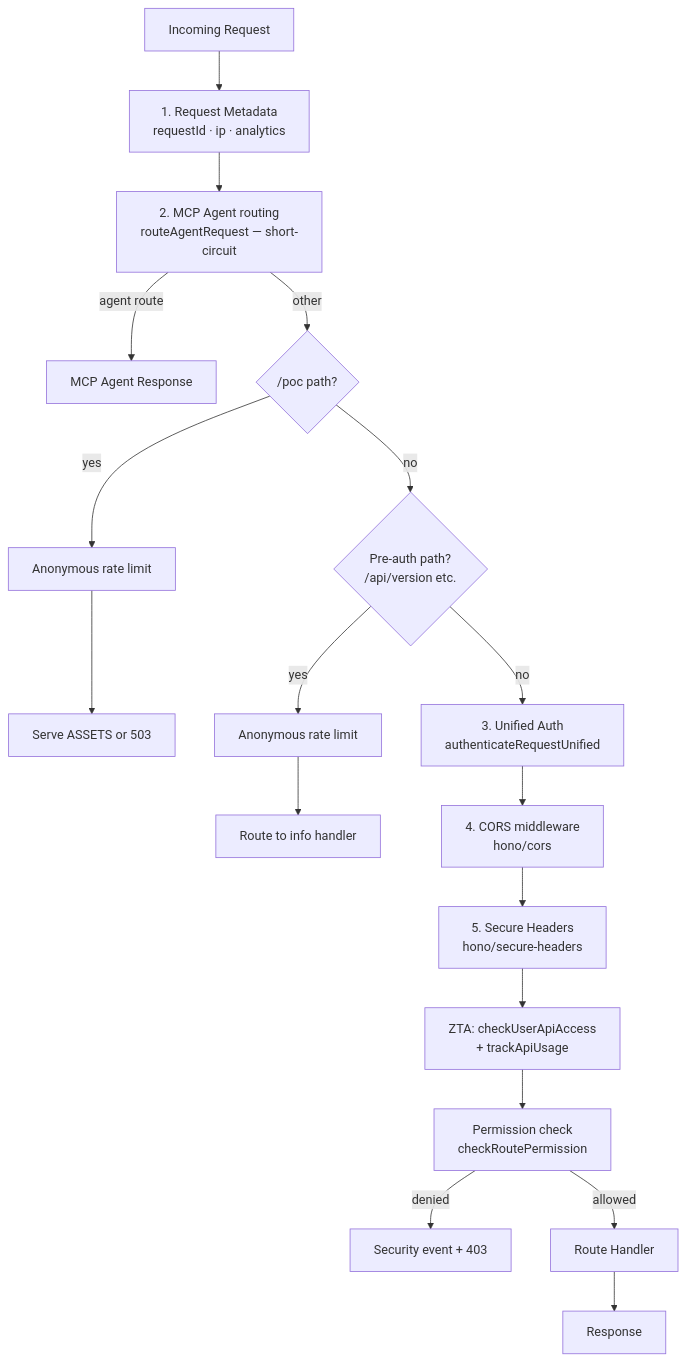
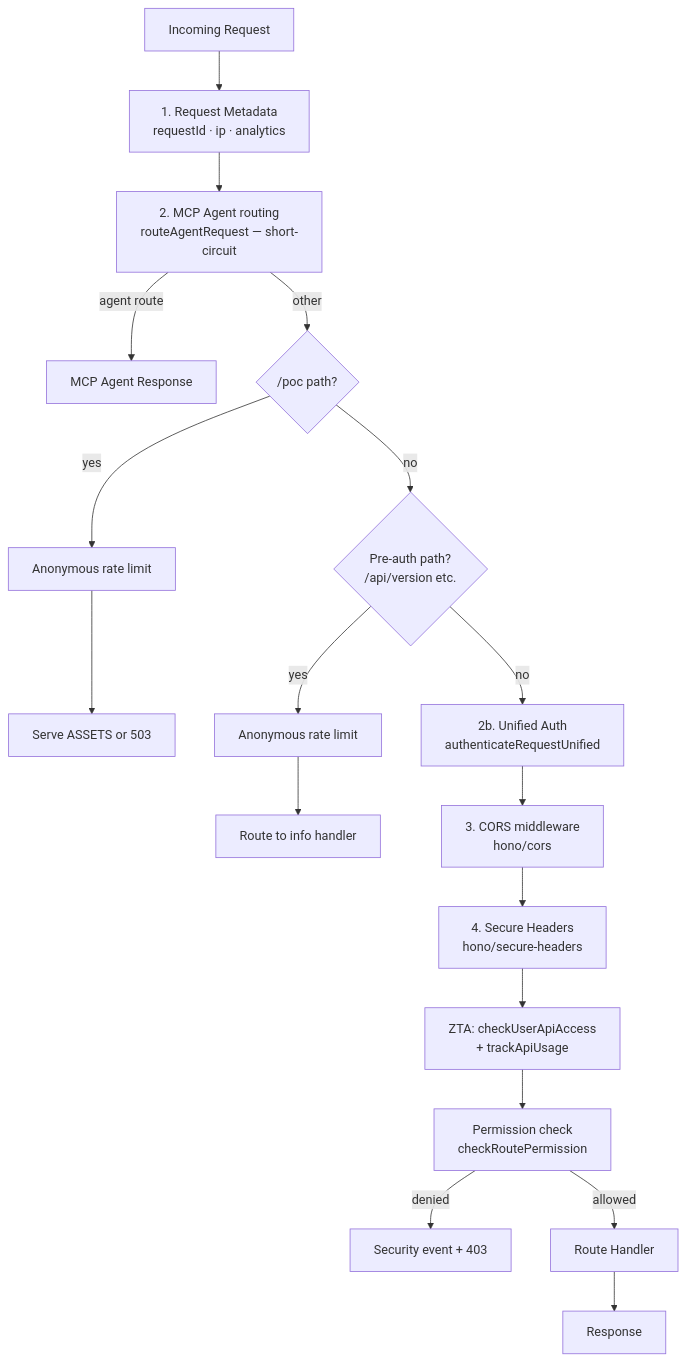
The diagram in docs/architecture/hono-routing.md (jaypatrick/adblock-compiler), drawn with Mermaid before and after one commit. The commit also changed other lines of this file and 1 other file, not shown here.

Commit message:
docs/refactor: fix stale guard comment, diagram step numbers, and mount-order snippet
Agent-Logs-Url: https://github.com/jaypatrick/adblock-compiler/sessions/bae749df-d070-4a9c-b375-0f38e09965b9

````diff
--- a/docs/architecture/hono-routing.md
+++ b/docs/architecture/hono-routing.md
@@ -16,20 +16,20 @@
 ```mermaid
 flowchart TD
     R[Incoming Request] --> M1[1. Request Metadata\nrequestId · ip · analytics]
     M1 --> M2[2. MCP Agent routing\nrouteAgentRequest — short-circuit]
     M2 -->|agent route| AR[MCP Agent Response]
     M2 -->|other| POC{/poc path?}
     POC -->|yes| POCRL[Anonymous rate limit]
     POCRL --> POCASSETS[Serve ASSETS or 503]
     POC -->|no| PREAUTH{Pre-auth path?\n/api/version etc.}
     PREAUTH -->|yes| PREAUTHRL[Anonymous rate limit]
     PREAUTHRL --> PREAUTHROUTE[Route to info handler]
-    PREAUTH -->|no| AUTH[3. Unified Auth\nauthenticateRequestUnified]
-    AUTH --> CORS[4. CORS middleware\nhono/cors]
-    CORS --> SECURE[5. Secure Headers\nhono/secure-headers]
+    PREAUTH -->|no| AUTH[2b. Unified Auth\nauthenticateRequestUnified]
+    AUTH --> CORS[3. CORS middleware\nhono/cors]
+    CORS --> SECURE[4. Secure Headers\nhono/secure-headers]
     SECURE --> ZTA[ZTA: checkUserApiAccess\n+ trackApiUsage]
     ZTA --> PERM[Permission check\ncheckRoutePermission]
     PERM -->|denied| SEC[Security event + 403]
     PERM -->|allowed| ROUTE[Route Handler]
     ROUTE --> RESP[Response]
 ```
````
